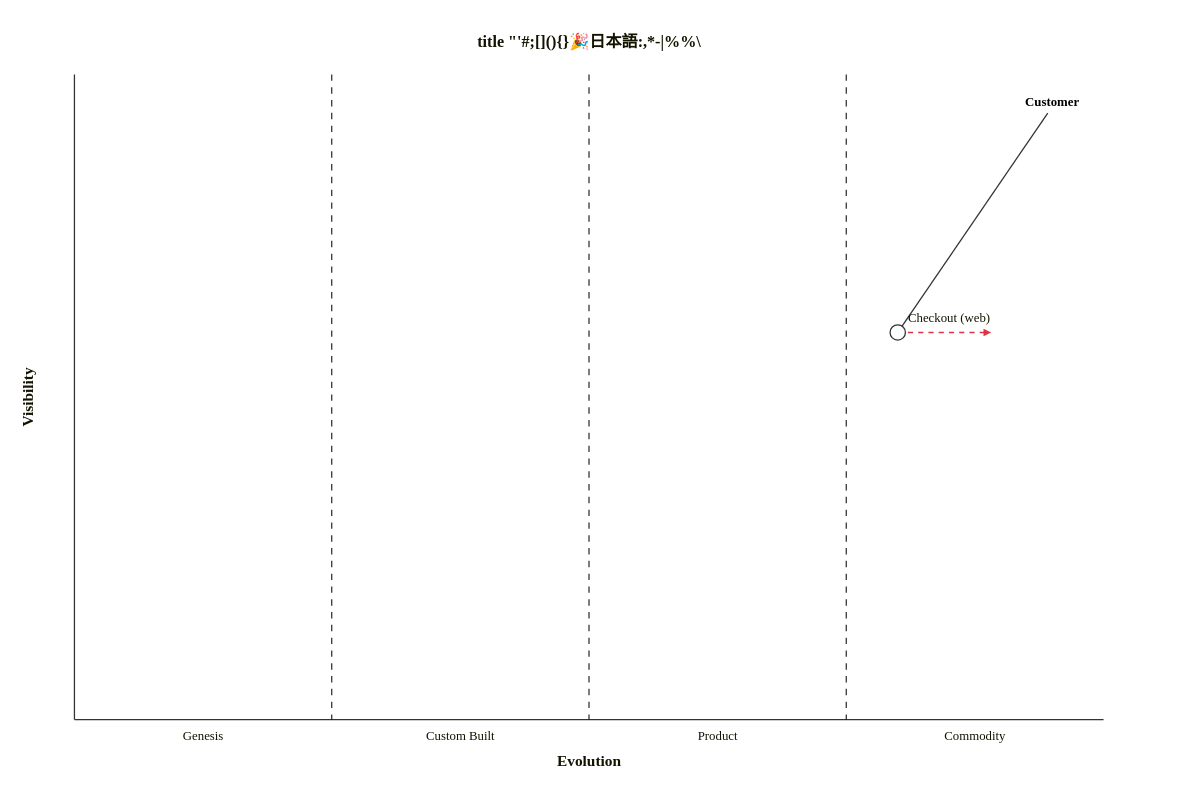
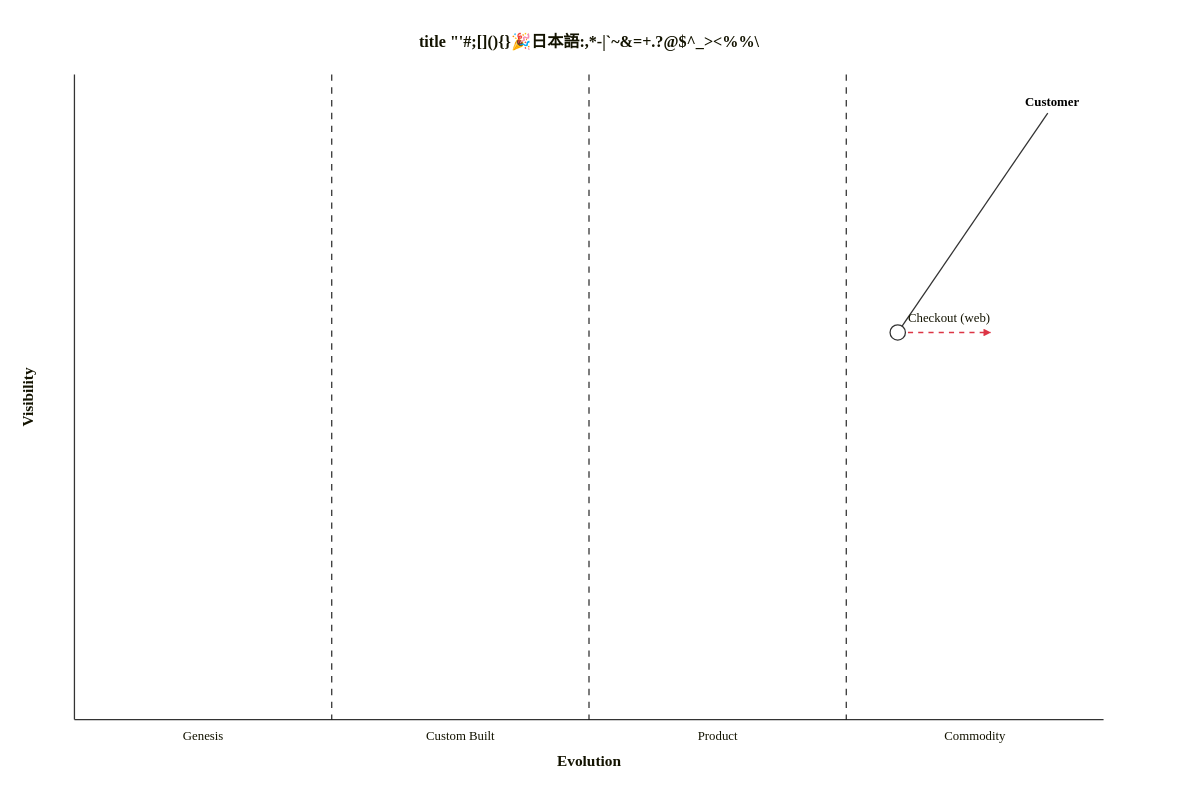
Before and after one commit to nao1215/markdown: the diagram in doc/edgecase/wardley.md, drawn with Mermaid. The commit also changed other lines of this file and 86 other files, not shown here.

First line of the commit message:
fix(mermaid): escape the labels the extended probe set found unreadable (#188)

````diff
--- a/doc/edgecase/wardley.md
+++ b/doc/edgecase/wardley.md
@@ -5,8 +5,8 @@
 ```mermaid
 wardley-beta
-    title title "'#;[](){}🎉日本語:,*-|#37;#37;\
+    title title "'#;[](){}🎉日本語:,*-|`~&=+.?@$^_>#60;#37;#37;\
     anchor Customer [0.95, 0.95]
     component Checkout (web) [0.6, 0.8]
     Customer -> Checkout (web)
     evolve Checkout (web) 0.9
 ```
````
